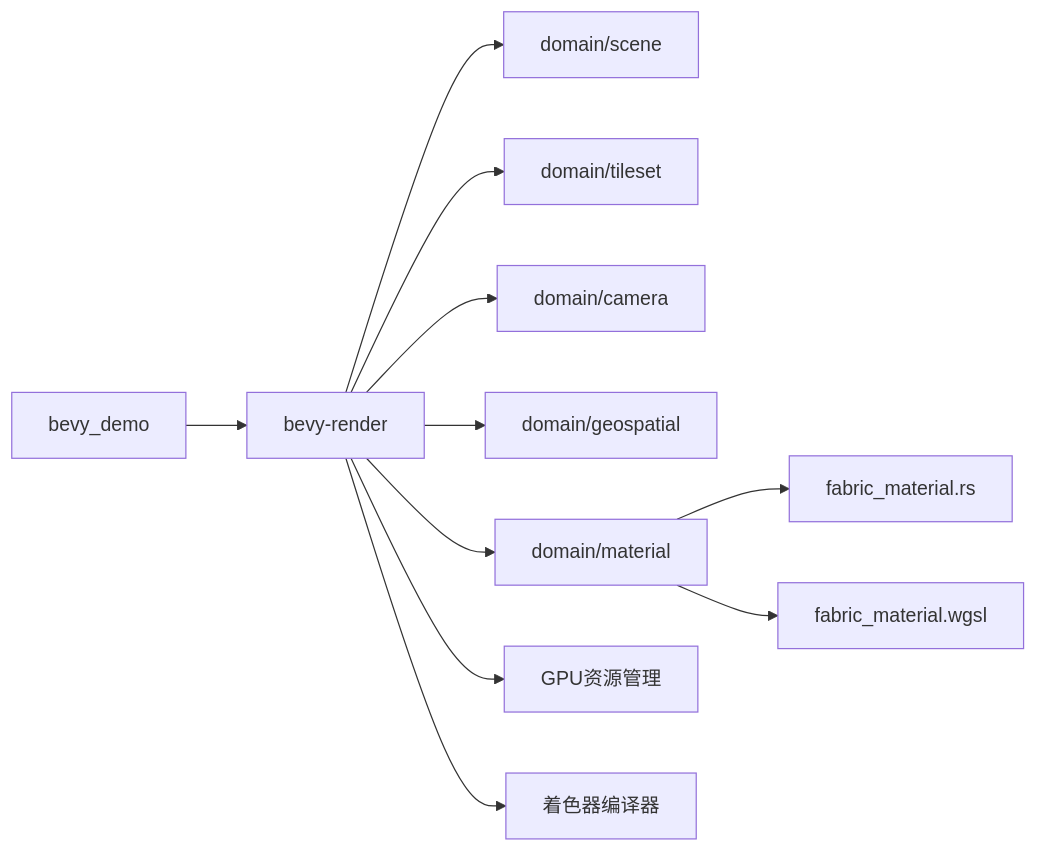
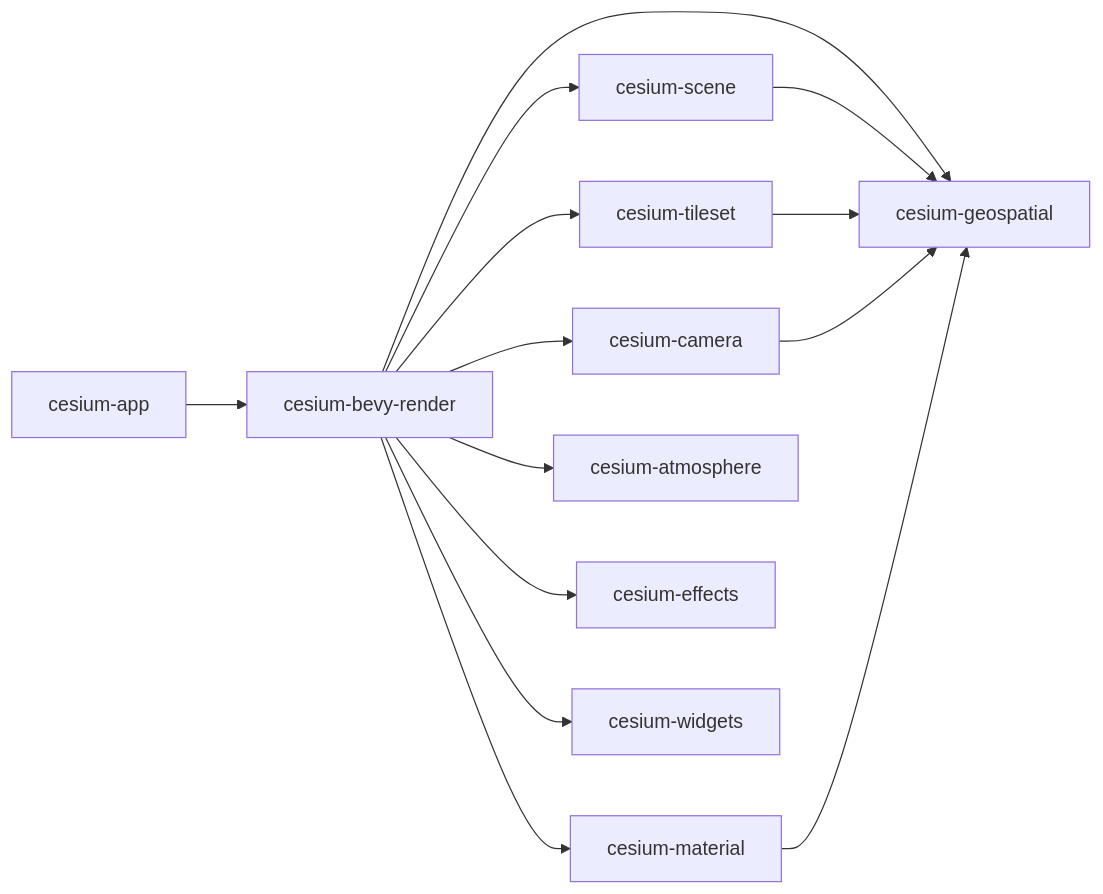
Before and after one commit to rzhangjing/cesium: the fourth of 4 diagrams in .qoder/repowiki/zh/content/项目概述/核心特性/3D渲染引擎/Bevy渲染适配器.md, drawn with Mermaid. The commit also changed other lines of this file and 57 other files, not shown here.

````diff
--- a/.qoder/repowiki/zh/content/项目概述/核心特性/3D渲染引擎/Bevy渲染适配器.md
+++ b/.qoder/repowiki/zh/content/项目概述/核心特性/3D渲染引擎/Bevy渲染适配器.md
@@ -491,13 +302,16 @@
 ```mermaid
 graph LR
-Demo["bevy_demo"] --> Adapter["bevy-render"]
-Adapter --> Scene["domain/scene"]
-Adapter --> Tileset["domain/tileset"]
-Adapter --> Camera["domain/camera"]
-Adapter --> Geo["domain/geospatial"]
-Adapter --> Material["domain/material"]
-Adapter --> GPU["GPU资源管理"]
-Adapter --> Shader["着色器编译器"]
-Material --> FabricMat["fabric_material.rs"]
-Material --> WGSL["fabric_material.wgsl"]
+App["cesium-app"] --> Render["cesium-bevy-render"]
+Render --> Scene["cesium-scene"]
+Render --> Tileset["cesium-tileset"]
+Render --> Camera["cesium-camera"]
+Render --> Geospatial["cesium-geospatial"]
+Render --> Material["cesium-material"]
+Render --> Atmosphere["cesium-atmosphere"]
+Render --> Effects["cesium-effects"]
+Render --> Widgets["cesium-widgets"]
+Scene --> Geospatial
+Tileset --> Geospatial
+Camera --> Geospatial
+Material --> Geospatial
 ```
````
